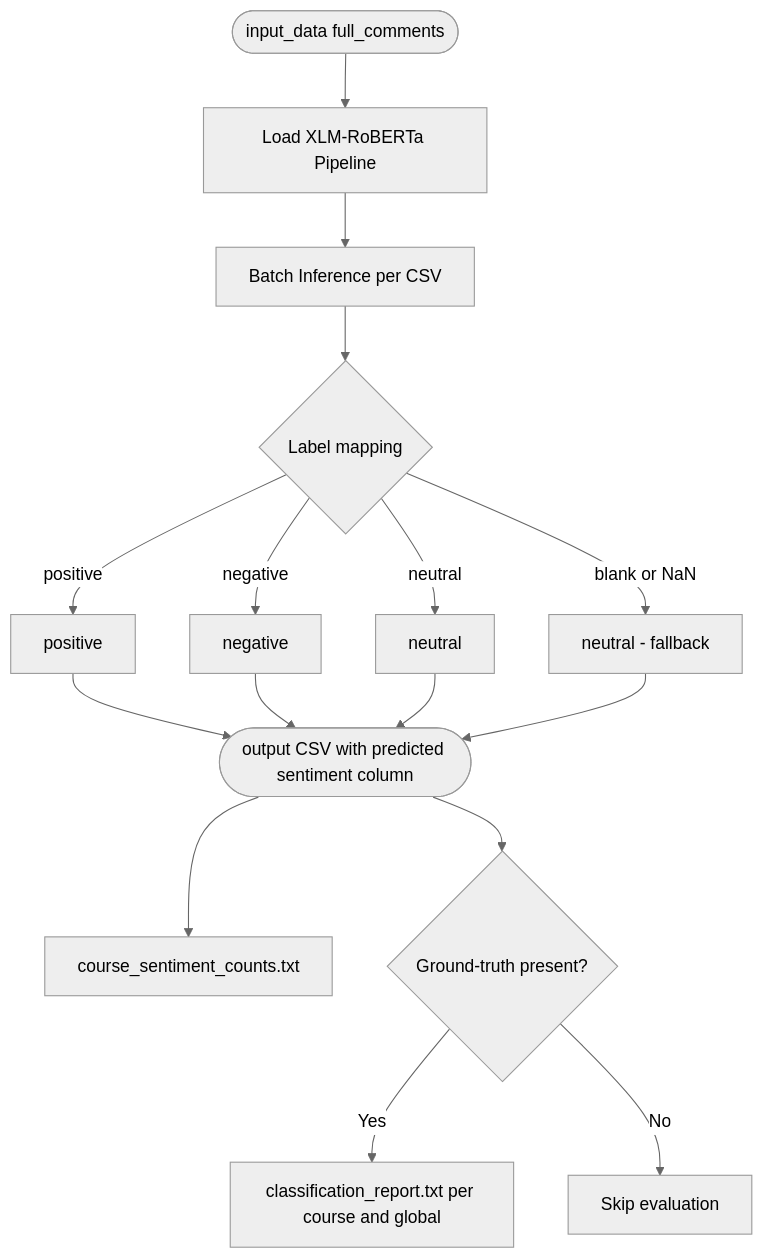
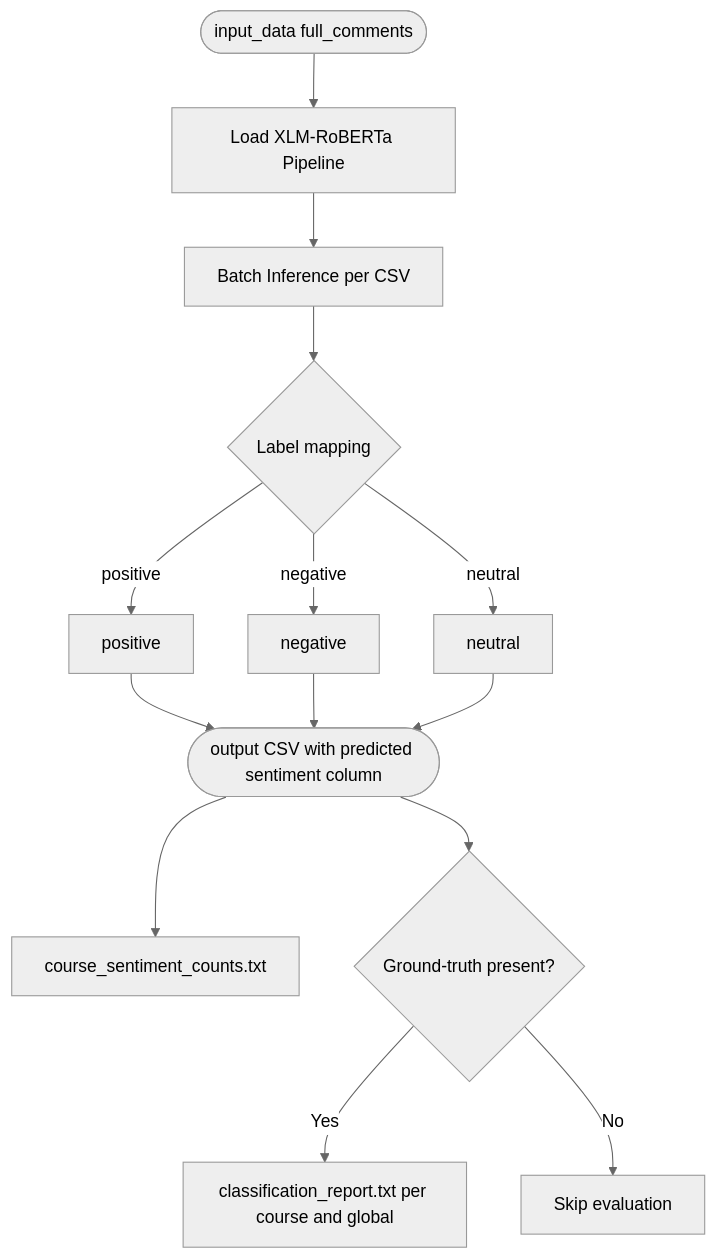
Before and after one commit to saipraneethmeduritarento/Sentiment_analysis_comments: the second of 4 diagrams in HLD_docs/high_level_documentation.md, drawn with Mermaid (neutral theme). The commit also changed other lines of this file, not shown here.

````diff
--- a/HLD_docs/high_level_documentation.md
+++ b/HLD_docs/high_level_documentation.md
@@ -56,15 +55,14 @@
 ```mermaid
 flowchart TD
     A([input_data full_comments]) --> B[Load XLM-RoBERTa Pipeline]
     B --> C[Batch Inference per CSV]
     C --> D{Label mapping}
     D -- positive --> E[positive]
     D -- negative --> F[negative]
     D -- neutral --> G[neutral]
-    D -- blank or NaN --> H[neutral - fallback]
-    E & F & G & H --> I([output CSV with predicted sentiment column])
+    E & F & G --> I([output CSV with predicted sentiment column])
     I --> J[course_sentiment_counts.txt]
     I --> K{Ground-truth present?}
     K -- Yes --> L[classification_report.txt per course and global]
     K -- No --> M[Skip evaluation]
 ```
````
